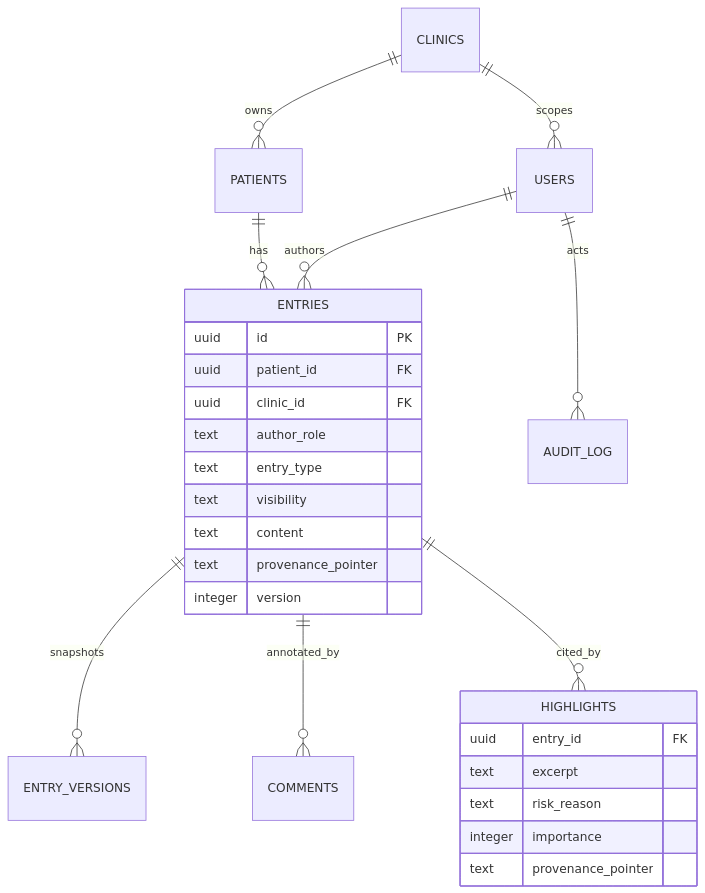
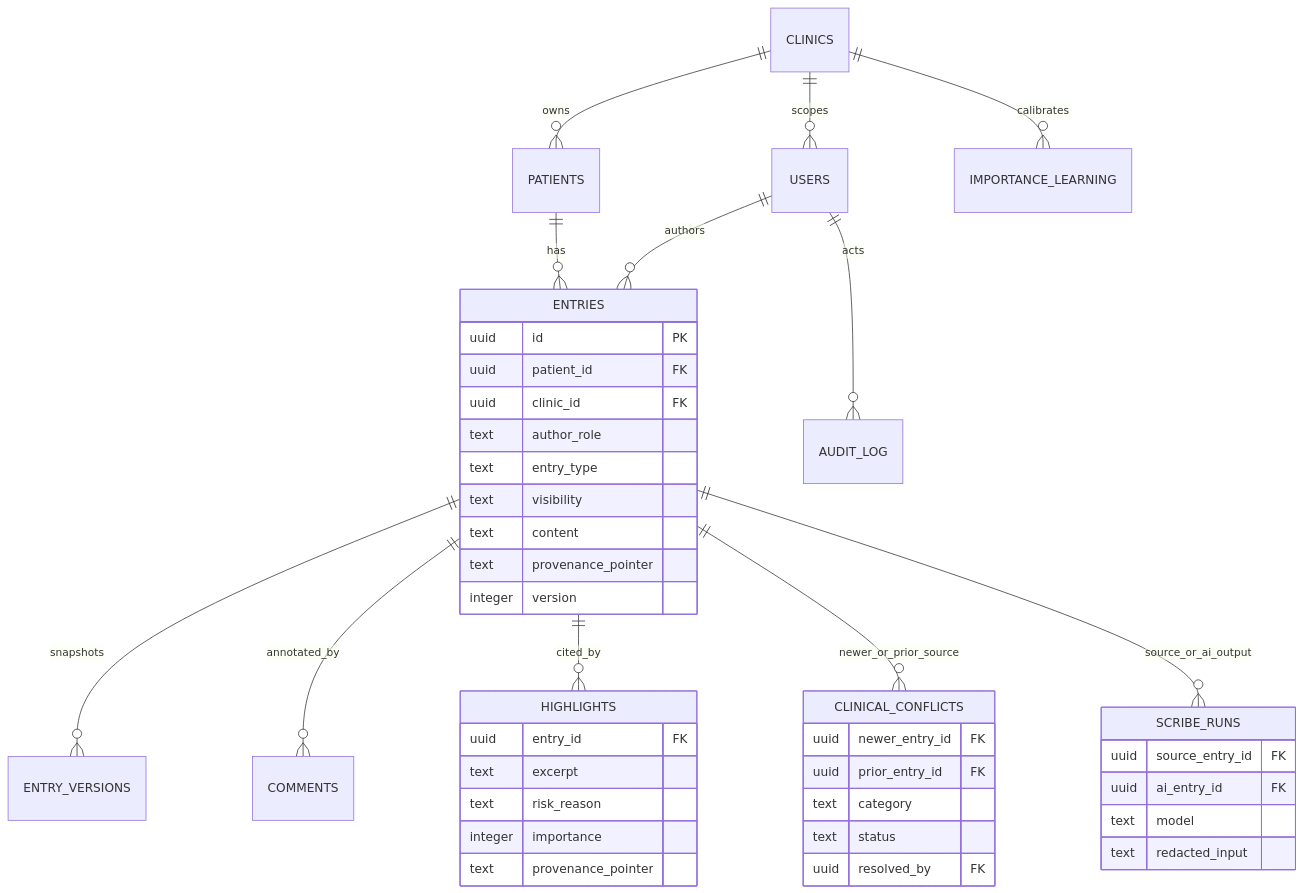
The second of 2 diagrams in docs/TECHNICAL_BRIEF.md (ACCLE123/CareTrace), drawn with Mermaid before and after one commit. The commit also changed other lines of this file and 8 other files, not shown here.

````diff
--- a/docs/TECHNICAL_BRIEF.md
+++ b/docs/TECHNICAL_BRIEF.md
@@ -41,29 +45,45 @@
 ```mermaid
 erDiagram
   CLINICS ||--o{ USERS : scopes
   CLINICS ||--o{ PATIENTS : owns
   PATIENTS ||--o{ ENTRIES : has
   USERS ||--o{ ENTRIES : authors
   ENTRIES ||--o{ ENTRY_VERSIONS : snapshots
   ENTRIES ||--o{ COMMENTS : annotated_by
   ENTRIES ||--o{ HIGHLIGHTS : cited_by
+  ENTRIES ||--o{ CLINICAL_CONFLICTS : newer_or_prior_source
+  ENTRIES ||--o{ SCRIBE_RUNS : source_or_ai_output
   USERS ||--o{ AUDIT_LOG : acts
+  CLINICS ||--o{ IMPORTANCE_LEARNING : calibrates
   ENTRIES {
     uuid id PK
     uuid patient_id FK
     uuid clinic_id FK
     text author_role
     text entry_type
     text visibility
     text content
     text provenance_pointer
     integer version
   }
   HIGHLIGHTS {
     uuid entry_id FK
     text excerpt
     text risk_reason
     integer importance
     text provenance_pointer
   }
+  CLINICAL_CONFLICTS {
+    uuid newer_entry_id FK
+    uuid prior_entry_id FK
+    text category
+    text status
+    uuid resolved_by FK
+  }
+  SCRIBE_RUNS {
+    uuid source_entry_id FK
+    uuid ai_entry_id FK
+    text model
+    text redacted_input
+  }
 ```
````
